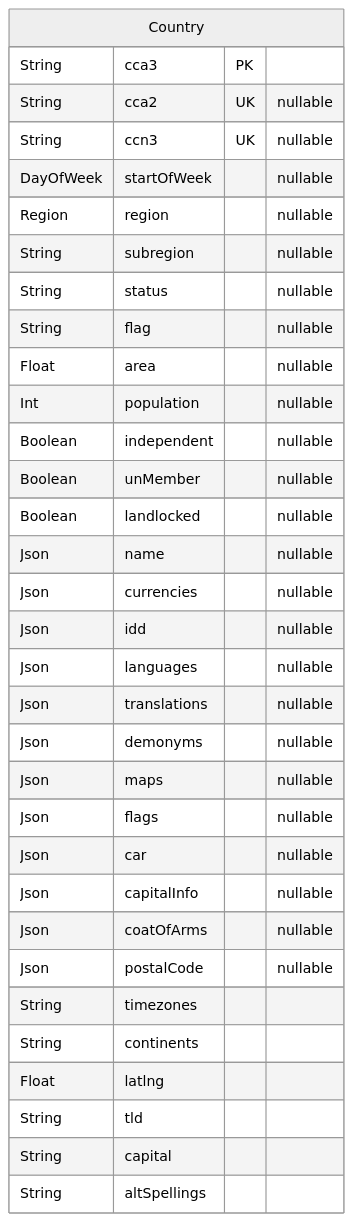
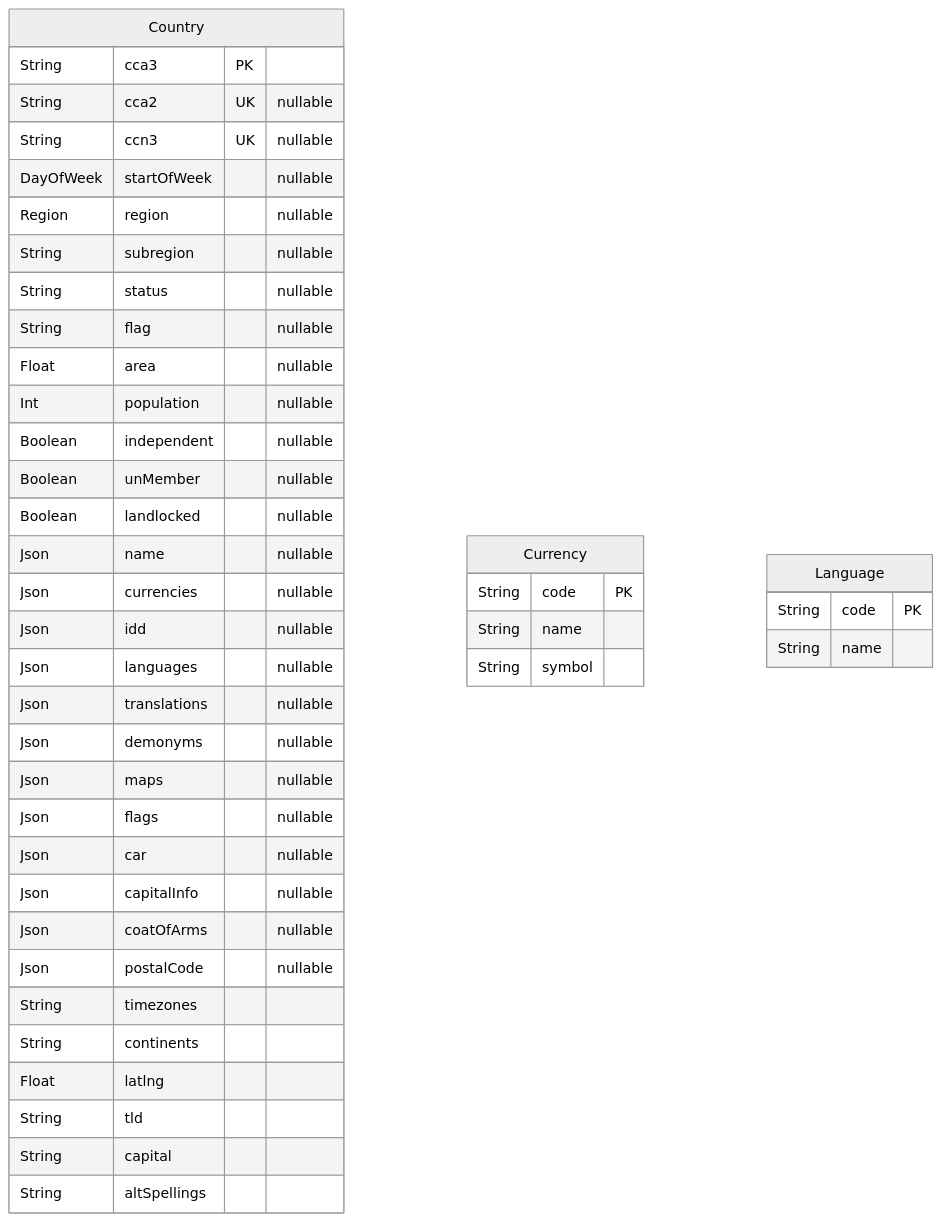
The diagram in api/prisma/README.md (hieudoanm/hieudoanm.github.io), drawn with Mermaid (neutral theme) before and after one commit. The commit also changed other lines of this file and 11 other files, not shown here.

````diff
--- a/api/prisma/README.md
+++ b/api/prisma/README.md
@@ -9,36 +9,45 @@
 ```mermaid
 erDiagram
 "Country" {
     String cca3 PK
     String cca2 UK "nullable"
     String ccn3 UK "nullable"
     DayOfWeek startOfWeek "nullable"
     Region region "nullable"
     String subregion "nullable"
     String status "nullable"
     String flag "nullable"
     Float area "nullable"
     Int population "nullable"
     Boolean independent "nullable"
     Boolean unMember "nullable"
     Boolean landlocked "nullable"
     Json name "nullable"
     Json currencies "nullable"
     Json idd "nullable"
     Json languages "nullable"
     Json translations "nullable"
     Json demonyms "nullable"
     Json maps "nullable"
     Json flags "nullable"
     Json car "nullable"
     Json capitalInfo "nullable"
     Json coatOfArms "nullable"
     Json postalCode "nullable"
     String timezones
     String continents
     Float latlng
     String tld
     String capital
     String altSpellings
 }
+"Currency" {
+    String code PK
+    String name
+    String symbol
+}
+"Language" {
+    String code PK
+    String name
+}
 ```
````
